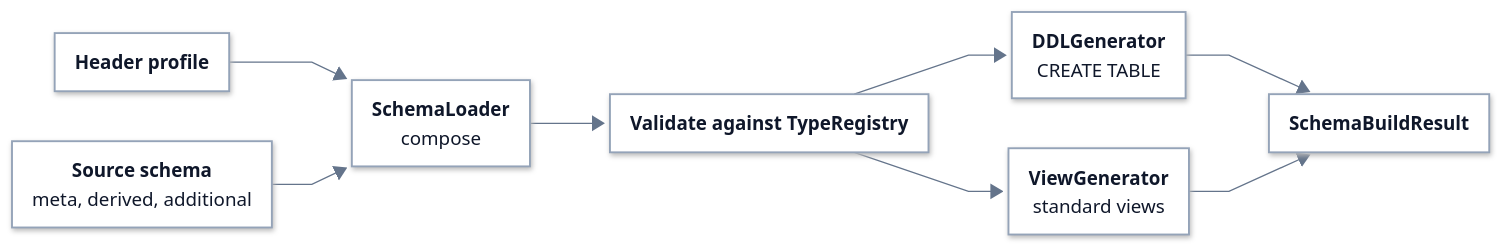
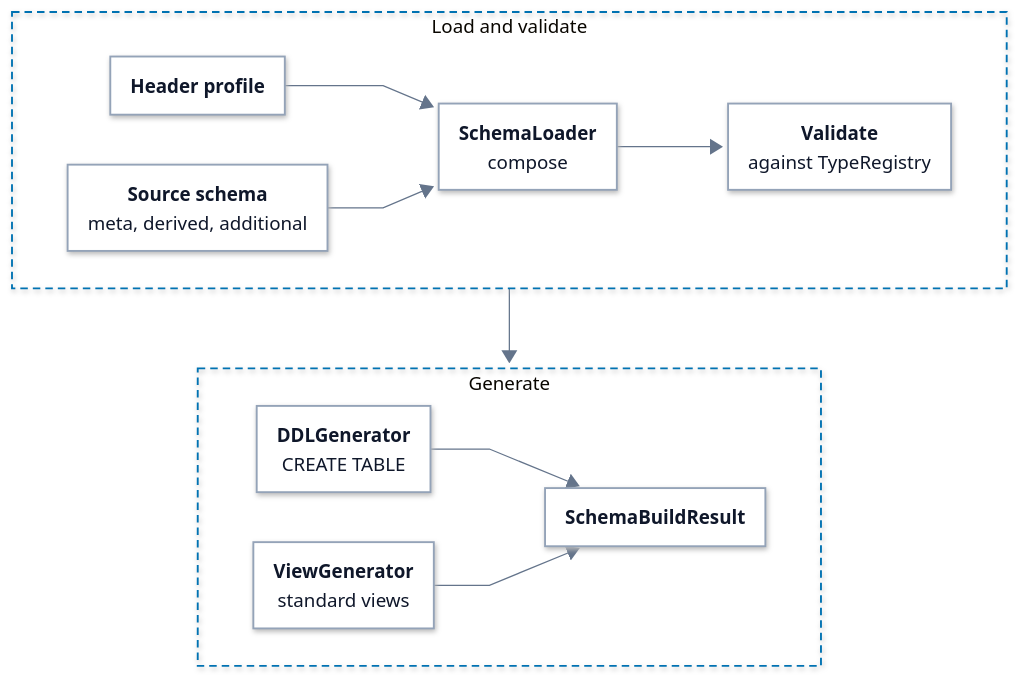
The diagram in docs/data-plane/schema-classes.md (hyperi-io/dfe-engine), drawn with Mermaid before and after one commit. The commit also changed 32 other files, not shown here.

First line of the commit message:
docs(architecture): engine page to the standard, diagrams to 860 px (#1209)

````diff
--- a/docs/data-plane/schema-classes.md
+++ b/docs/data-plane/schema-classes.md
@@ -72,29 +72,30 @@
     .ui .label-icon{color:#D9480F}
     .ext .label-icon{color:#64748B}
 ---
-flowchart LR
+flowchart TB
   accTitle: L4 Detail -- Schema build
   accDescr: SchemaBuilderV2 loads the header profile's columns and the source's schema columns, composes them, and validates them against the TypeRegistry. DDLGenerator writes the CREATE TABLE and ViewGenerator the standard views, and both go into the SchemaBuildResult.
 
-  profile["<b>Header profile</b>"]
-  schema["<b>Source schema</b><br/><span>meta, derived, additional</span>"]
-
-  compose["<b>SchemaLoader</b><br/><span>compose</span>"]
-
-  validate["<b>Validate against TypeRegistry</b>"]
-
-  ddl["<b>DDLGenerator</b><br/><span>CREATE TABLE</span>"]
-  views["<b>ViewGenerator</b><br/><span>standard views</span>"]
-
-  result["<b>SchemaBuildResult</b>"]
-
-  profile --> compose
-  schema --> compose
-  compose --> validate
-  validate --> ddl
-  validate --> views
-  ddl --> result
-  views --> result
+  subgraph LOAD["Load and validate"]
+    direction LR
+    profile["<b>Header profile</b>"]
+    schema["<b>Source schema</b><br/><span>meta, derived, additional</span>"]
+    compose["<b>SchemaLoader</b><br/><span>compose</span>"]
+    validate["<b>Validate</b><br/><span>against TypeRegistry</span>"]
+    profile --> compose
+    schema --> compose
+    compose --> validate
+  end
+  subgraph GEN["Generate"]
+    direction LR
+    ddl["<b>DDLGenerator</b><br/><span>CREATE TABLE</span>"]
+    views["<b>ViewGenerator</b><br/><span>standard views</span>"]
+    result["<b>SchemaBuildResult</b>"]
+    ddl --> result
+    views --> result
+  end
+  LOAD --> GEN
+  class profile,schema,compose,validate,ddl,views,result part
   classDef ext fill:#F4F6F8,stroke:#94A3B8,stroke-width:1.5px,stroke-dasharray:5 4,color:#0F172A
   classDef ingest fill:#FFFFFF,stroke:#0E8A7D,stroke-width:3px,color:#0F172A
   classDef xform fill:#FFFFFF,stroke:#7B4FB0,stroke-width:3px,color:#0F172A
@@ -106,5 +107,6 @@
   classDef error fill:#FFFFFF,stroke:#C2410C,stroke-width:3px,color:#0F172A
   classDef control fill:#FFFFFF,stroke:#334155,stroke-width:3px,color:#0F172A
   classDef part fill:#FFFFFF,stroke:#94A3B8,stroke-width:1.5px,color:#0F172A
-  class profile,schema,compose,validate,ddl,views,result part
+  style LOAD fill:none,stroke:#0072B2,stroke-width:1.5px,stroke-dasharray:6 4
+  style GEN fill:none,stroke:#0072B2,stroke-width:1.5px,stroke-dasharray:6 4
 ```
````
